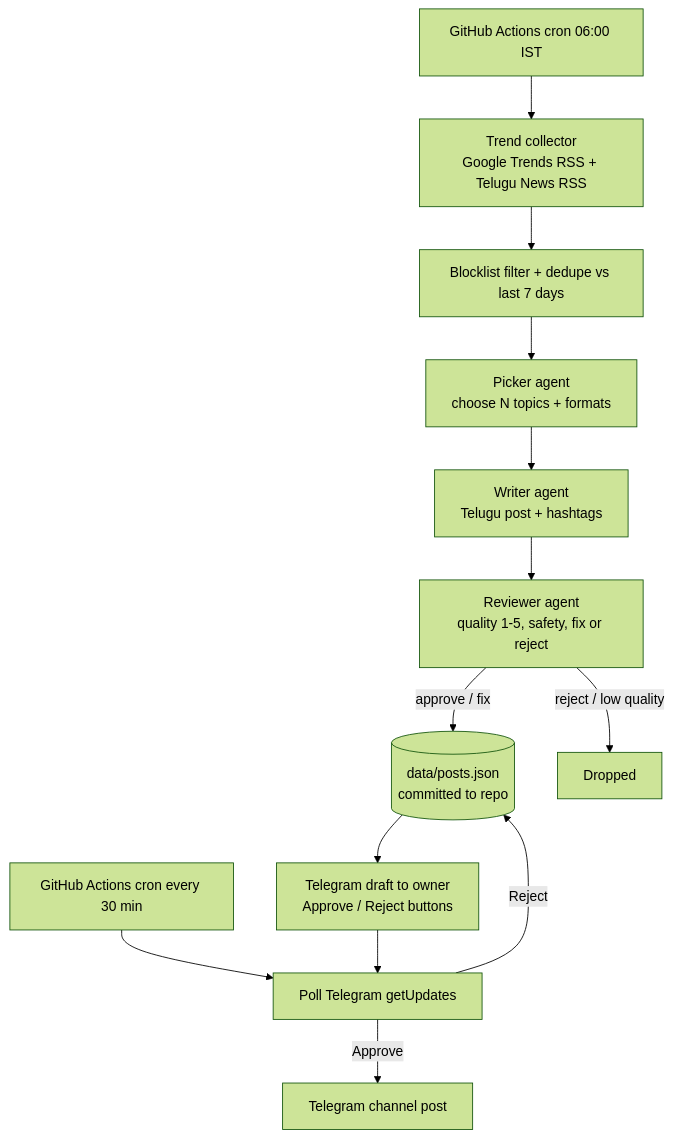
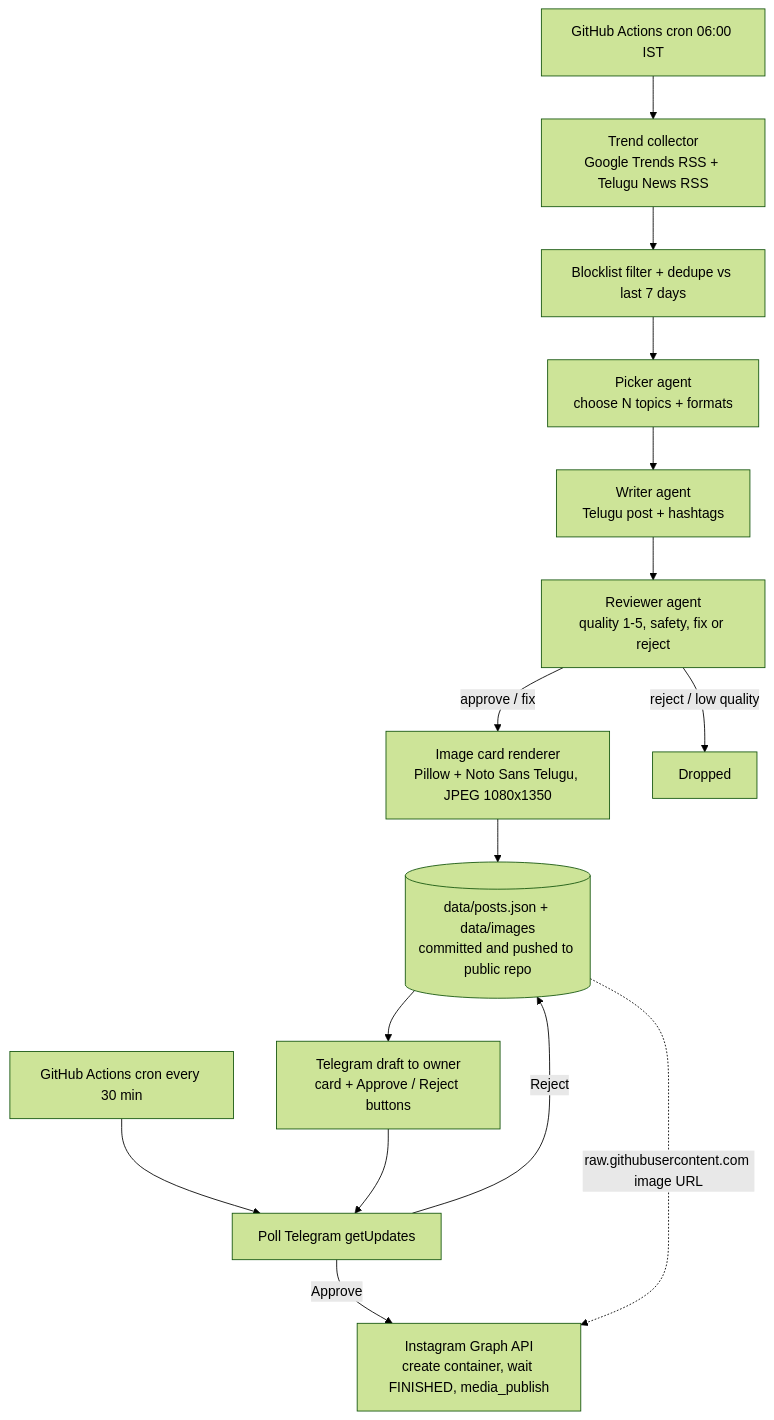
The diagram in docs/ARCHITECTURE.md (thallapalli/telugu-trend-agent), drawn with Mermaid (forest theme) before and after one commit. The commit also changed other lines of this file and 15 other files, not shown here.

First line of the commit message:
Publish to Instagram: image cards, Graph API publisher, Telegram approval

````diff
--- a/docs/ARCHITECTURE.md
+++ b/docs/ARCHITECTURE.md
@@ -11,15 +11,17 @@
 ```mermaid
 flowchart TD
     cron1[GitHub Actions cron 06:00 IST] --> trends[Trend collector<br/>Google Trends RSS + Telugu News RSS]
     trends --> filter[Blocklist filter + dedupe vs last 7 days]
     filter --> picker[Picker agent<br/>choose N topics + formats]
     picker --> writer[Writer agent<br/>Telugu post + hashtags]
     writer --> reviewer[Reviewer agent<br/>quality 1-5, safety, fix or reject]
-    reviewer -->|approve / fix| store[(data/posts.json<br/>committed to repo)]
+    reviewer -->|approve / fix| img[Image card renderer<br/>Pillow + Noto Sans Telugu, JPEG 1080x1350]
     reviewer -->|reject / low quality| drop[Dropped]
-    store --> tg[Telegram draft to owner<br/>Approve / Reject buttons]
+    img --> store[(data/posts.json + data/images<br/>committed and pushed to public repo)]
+    store --> tg[Telegram draft to owner<br/>card + Approve / Reject buttons]
     cron2[GitHub Actions cron every 30 min] --> poll[Poll Telegram getUpdates]
     tg --> poll
-    poll -->|Approve| channel[Telegram channel post]
     poll -->|Reject| store
+    poll -->|Approve| ig[Instagram Graph API<br/>create container, wait FINISHED, media_publish]
+    store -.->|raw.githubusercontent.com image URL| ig
 ```
````
